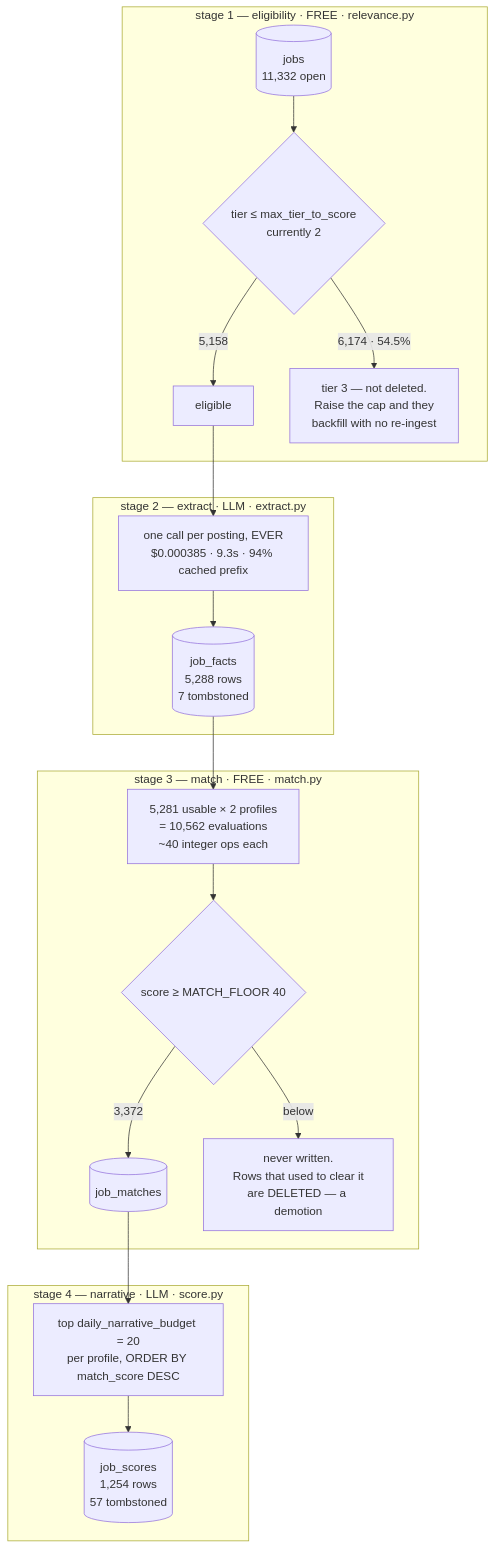
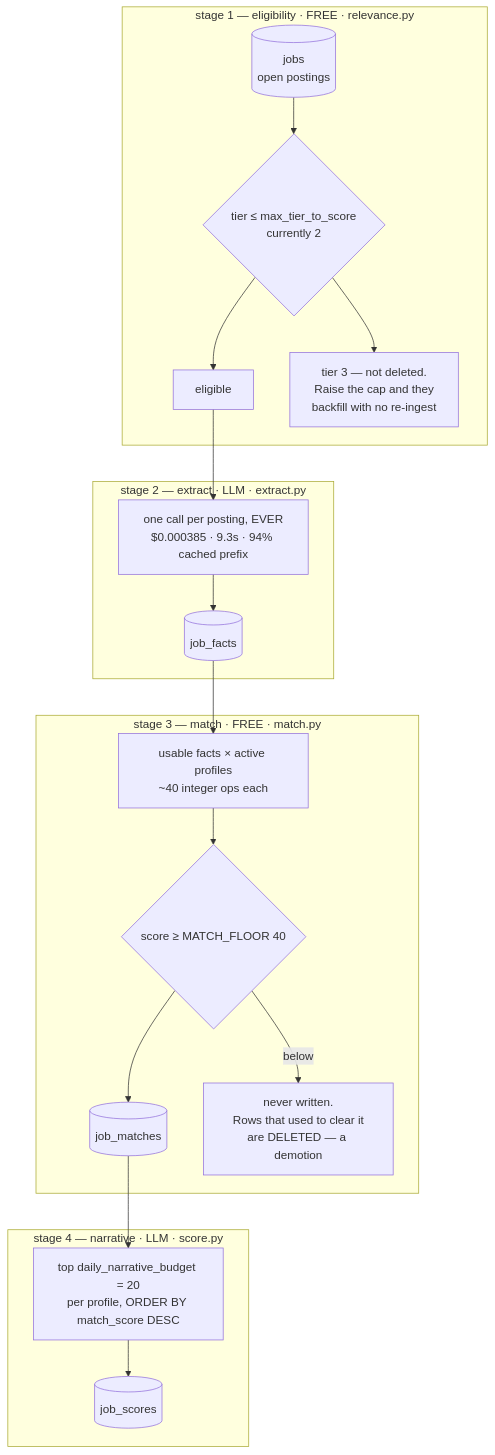
One commit to liueric-dev/jobs changed the third of 6 diagrams in docs/scoring.md. Above: the diagram before and after it, drawn with Mermaid. The commit also changed other lines of this file and 7 other files, not shown here.

````diff
--- a/docs/scoring.md
+++ b/docs/scoring.md
@@ -231,25 +226,25 @@
 ```mermaid
 flowchart TB
     subgraph S1["stage 1 — eligibility · FREE · relevance.py"]
-        A[("jobs<br/>11,332 open")] --> T{"tier ≤ max_tier_to_score<br/>currently 2"}
-        T -->|"5,158"| OK1["eligible"]
-        T -->|"6,174 · 54.5%"| SKIP["tier 3 — not deleted.<br/>Raise the cap and they<br/>backfill with no re-ingest"]
+        A[("jobs<br/>open postings")] --> T{"tier ≤ max_tier_to_score<br/>currently 2"}
+        T --> OK1["eligible"]
+        T --> SKIP["tier 3 — not deleted.<br/>Raise the cap and they<br/>backfill with no re-ingest"]
     end
 
     subgraph S2["stage 2 — extract · LLM · extract.py"]
         OK1 --> E["one call per posting, EVER<br/>$0.000385 · 9.3s · 94% cached prefix"]
-        E --> FACTS[("job_facts<br/>5,288 rows<br/>7 tombstoned")]
+        E --> FACTS[("job_facts")]
     end
 
     subgraph S3["stage 3 — match · FREE · match.py"]
-        FACTS --> X["5,281 usable × 2 profiles<br/>= 10,562 evaluations<br/>~40 integer ops each"]
+        FACTS --> X["usable facts × active profiles<br/>~40 integer ops each"]
         X --> FL{"score ≥ MATCH_FLOOR 40"}
-        FL -->|"3,372"| M[("job_matches")]
+        FL --> M[("job_matches")]
         FL -->|"below"| DROP["never written.<br/>Rows that used to clear it<br/>are DELETED — a demotion"]
     end
 
     subgraph S4["stage 4 — narrative · LLM · score.py"]
         M --> SEL["top daily_narrative_budget = 20<br/>per profile, ORDER BY match_score DESC"]
-        SEL --> SC[("job_scores<br/>1,254 rows<br/>57 tombstoned")]
+        SEL --> SC[("job_scores")]
     end
 ```
````
